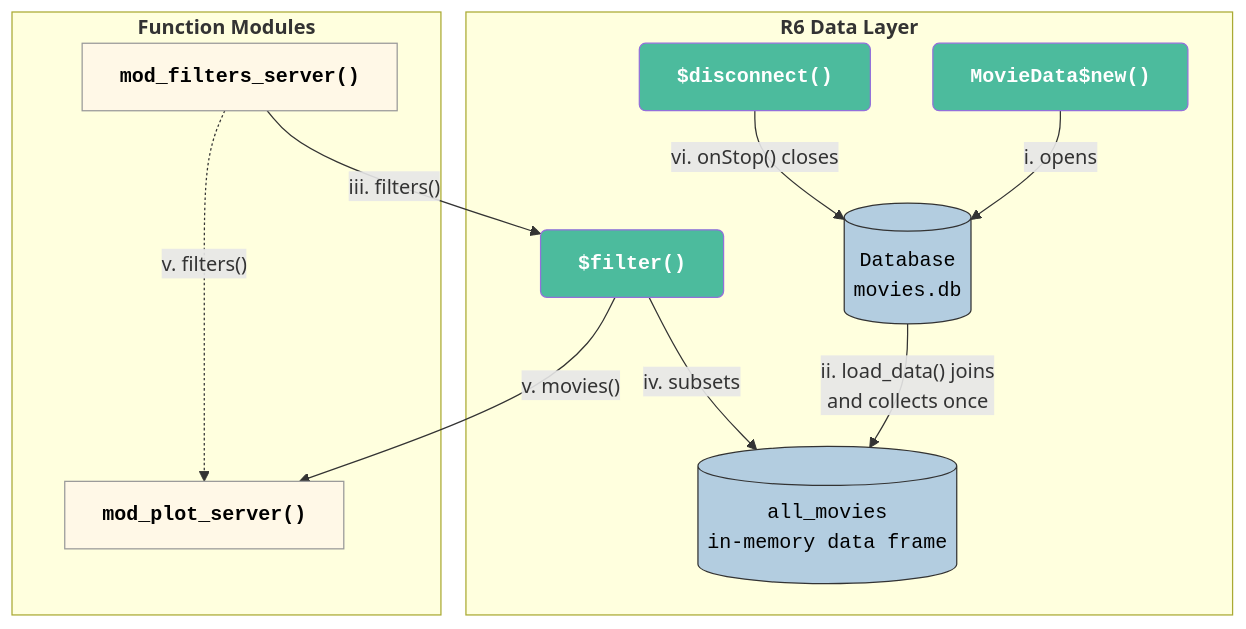
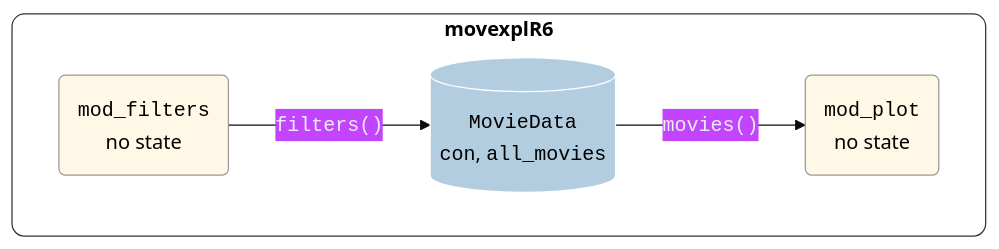
One commit to mjfrigaard/mjfrigaard.github.io changed the tenth of 14 diagrams in posts/shiny-r6/index.qmd. Above: the diagram before and after it, drawn with Mermaid. The commit also changed other lines of this file and 17 other files, not shown here.

````diff
--- a/posts/shiny-r6/index.qmd
+++ b/posts/shiny-r6/index.qmd
@@ -760,37 +520,23 @@
 ```{mermaid}
 %%| eval: true
+%%| echo: false
 %%| fig-align: 'center'
-%%| fig-caption: 'Hybrid: R6 Data Layer + Function Modules'
-%%| echo: false
-%%{init: {'theme': 'base', 'themeVariables': { 'fontFamily': 'monospace', "darkMode":true}}}}%%
+%%| fig-cap: 'Where state lives in movexplR6'
+%%{init: {'theme': 'base', 'themeVariables': { 'fontFamily': 'monospace', "darkMode":true}}}%%
 
 flowchart TD
-    subgraph R6Layer["<strong>R6 Data Layer</strong>"]
-        New["<strong>MovieData$new()</strong>"]
-        Con[("Database<br/><code>movies.db</code>")]
-        All[("<code>all_movies</code><br/>in-memory data frame")]
-        Filter["<strong>$filter()</strong>"]
-        Disc["<strong>$disconnect()</strong>"]
+    subgraph M["<strong>movexplR6</strong>"]
+        MF("<code>mod_filters</code><br/>no state")
+        MD[("<code>MovieData</code><br/><code>con</code>, <code>all_movies</code>")]
+        MP("<code>mod_plot</code><br/>no state")
+        MF -->|"<code>filters()</code>"| MD
+        MD -->|"<code>movies()</code>"| MP
     end
 
-    subgraph FuncLayer["<strong>Function Modules</strong>"]
-        ModFilters["<strong>mod_filters_server()</strong>"]
-        ModPlot["<strong>mod_plot_server()</strong>"]
-    end
 
-    New -->|"i. opens"| Con
-    Con -->|"ii. load_data() joins<br/>and collects once"| All
-    ModFilters -->|"iii. filters()"| Filter
-    Filter -->|"iv. subsets"| All
-    Filter -->|"v. movies()"| ModPlot
-    ModFilters -.->|"v. filters()"| ModPlot
-    Disc -->|"vi. onStop() closes"| Con
+    style MF fill:#FFF8E7,color:#000000,stroke:#999
+    style MP fill:#FFF8E7,color:#000000,stroke:#999
+    style MD fill:#b3cde0,color:#000000
+    style M fill:#FFFFFF,color:#000000,stroke:#333,rx:10,ry:10
 
-    style New fill:#4CBB9D,color:#FFFFFF,rx:5,ry:5,font-family:monospace
-    style Filter fill:#4CBB9D,color:#FFFFFF,rx:5,ry:5,font-family:monospace
-    style Disc fill:#4CBB9D,color:#FFFFFF,rx:5,ry:5,font-family:monospace
-    style Con fill:#B3CDE0,color:#000000,stroke:#333,font-family:monospace
-    style All fill:#B3CDE0,color:#000000,stroke:#333,font-family:monospace
-    style ModFilters fill:#FFF8E7,color:#000000,stroke:#999,font-family:monospace
-    style ModPlot fill:#FFF8E7,color:#000000,stroke:#999,font-family:monospace
 ```
````
